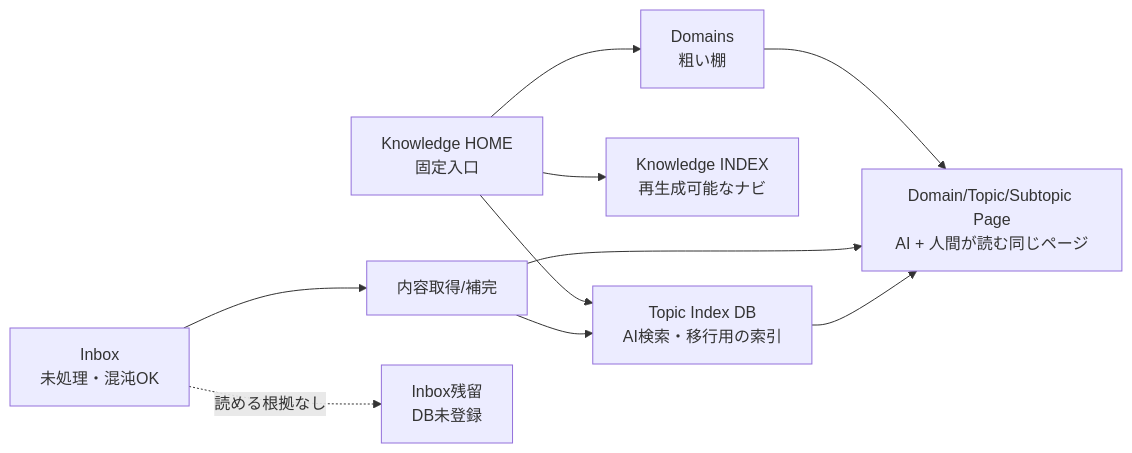
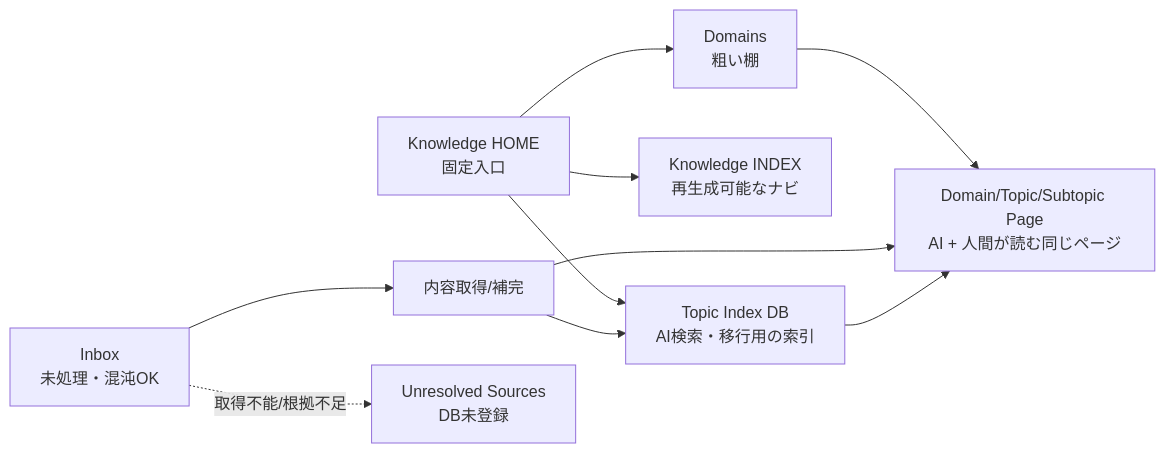
One commit to yoshiysh/claude-plugins changed the diagram in .agents/skills/notion-organize-knowledge/SKILL.md. Above: the diagram before and after it, drawn with Mermaid. The commit also changed other lines of this file and 5 other files, not shown here.

Commit message:
Move unresolved Notion sources out of Inbox

````diff
--- a/.agents/skills/notion-organize-knowledge/SKILL.md
+++ b/.agents/skills/notion-organize-knowledge/SKILL.md
@@ -24,12 +24,12 @@
 ```mermaid
 flowchart LR
   H["Knowledge HOME\n固定入口"] --> DB["Topic Index DB\nAI検索・移行用の索引"]
   H --> K["Knowledge INDEX\n再生成可能なナビ"]
   H --> D["Domains\n粗い棚"]
   I["Inbox\n未処理・混沌OK"] --> E["内容取得/補完"]
   E --> DB
   D --> TP["Domain/Topic/Subtopic Page\nAI + 人間が読む同じページ"]
   E --> TP
   DB --> TP
-  I -.読める根拠なし.-> R["Inbox残留\nDB未登録"]
+  I -.取得不能/根拠不足.-> R["Unresolved Sources\nDB未登録"]
 ```
````
